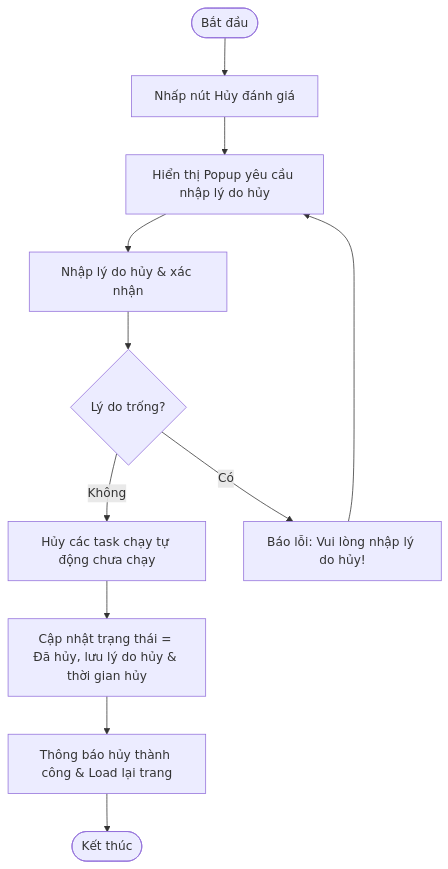
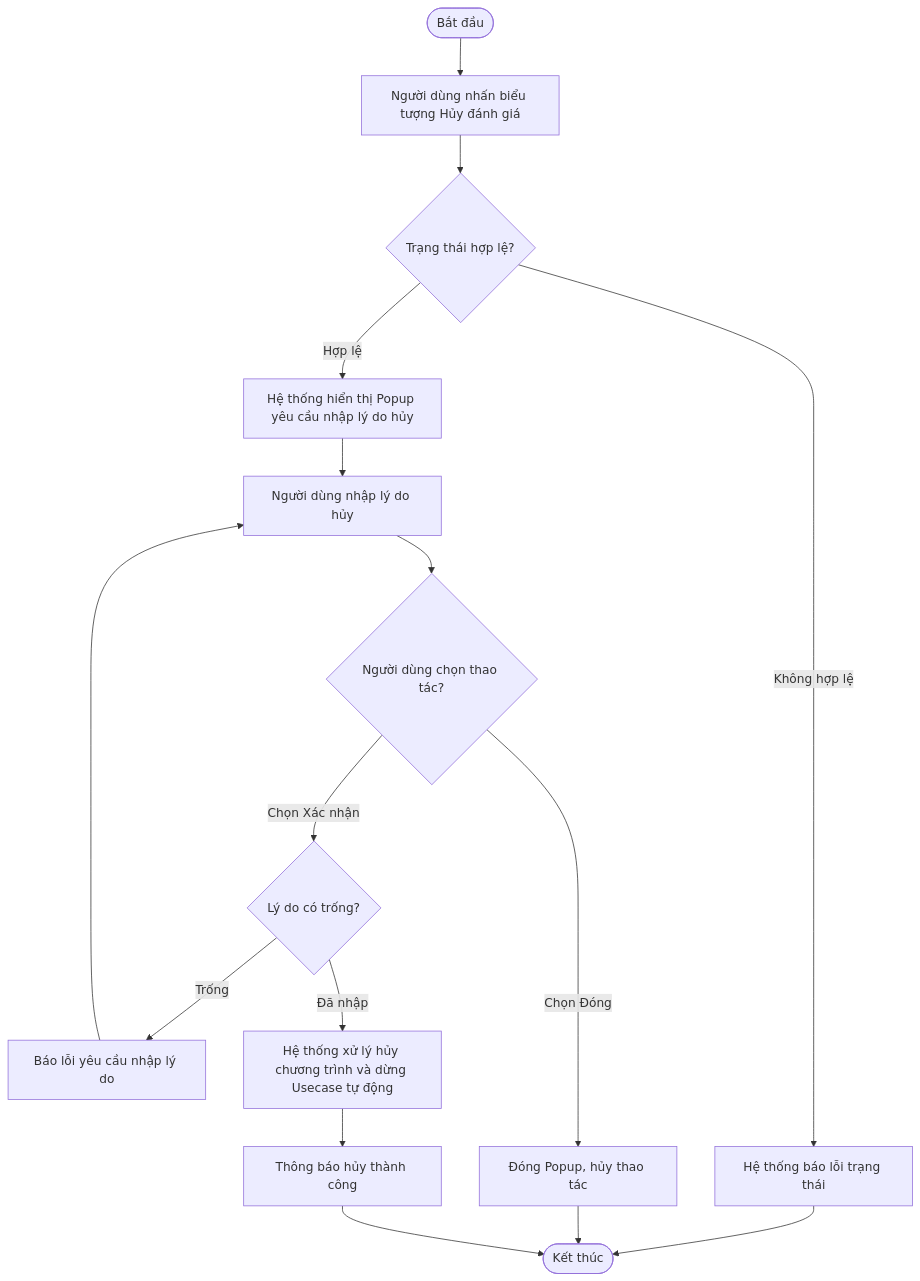
The diagram in SRS/SRS_HUY_DANH_GIA.md (minhanh2002/ISAAP), drawn with Mermaid before and after one commit. The commit also changed other lines of this file and 16 other files, not shown here.

````diff
--- a/SRS/SRS_HUY_DANH_GIA.md
+++ b/SRS/SRS_HUY_DANH_GIA.md
@@ -19,13 +51,23 @@
 ```mermaid
 graph TD
-    Start([Bắt đầu]) --> RequestCancel[Nhấp nút Hủy đánh giá]
-    RequestCancel --> ShowPopup[Hiển thị Popup yêu cầu nhập lý do hủy]
-    ShowPopup --> InputReason[Nhập lý do hủy & xác nhận]
-    InputReason --> ValidateReason{Lý do trống?}
-    ValidateReason -- Không --> CancelJob[Hủy các task chạy tự động chưa chạy]
-    CancelJob --> UpdateDB[Cập nhật trạng thái = Đã hủy, lưu lý do hủy & thời gian hủy]
-    UpdateDB --> Success[Thông báo hủy thành công & Load lại trang]
-    ValidateReason -- Có --> Error[Báo lỗi: Vui lòng nhập lý do hủy!]
-    Error --> ShowPopup
-    Success --> End([Kết thúc])
+    Start([Bắt đầu]) --> ClickCancel[Người dùng nhấn biểu tượng Hủy đánh giá]
+    ClickCancel --> CheckConditions{Trạng thái hợp lệ?}
+    
+    CheckConditions -- Không hợp lệ --> ShowErrorStatus[Hệ thống báo lỗi trạng thái]
+    ShowErrorStatus --> End([Kết thúc])
+    
+    CheckConditions -- Hợp lệ --> ShowPopup[Hệ thống hiển thị Popup yêu cầu nhập lý do hủy]
+    ShowPopup --> InputReason[Người dùng nhập lý do hủy]
+    InputReason --> ClickConfirm{Người dùng chọn thao tác?}
+    
+    ClickConfirm -- Chọn Đóng --> ClosePopup[Đóng Popup, hủy thao tác]
+    ClosePopup --> End
+    
+    ClickConfirm -- Chọn Xác nhận --> ValidateReason{Lý do có trống?}
+    ValidateReason -- Trống --> ShowErrorReason[Báo lỗi yêu cầu nhập lý do]
+    ShowErrorReason --> InputReason
+    
+    ValidateReason -- Đã nhập --> UpdateDB[Hệ thống xử lý hủy chương trình và dừng Usecase tự động]
+    UpdateDB --> ShowSuccess[Thông báo hủy thành công]
+    ShowSuccess --> End
 ```
````
